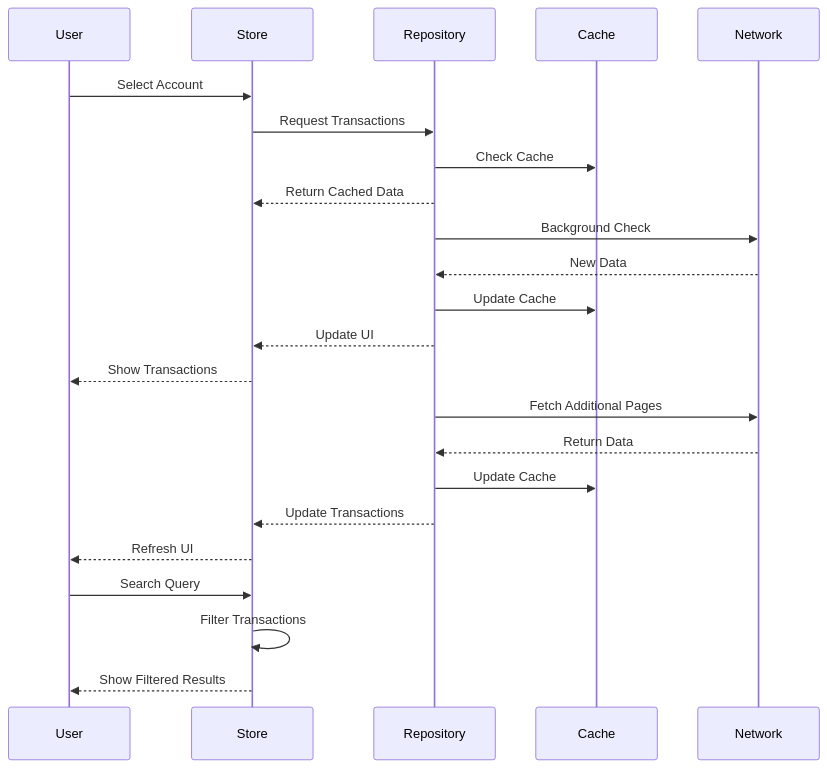
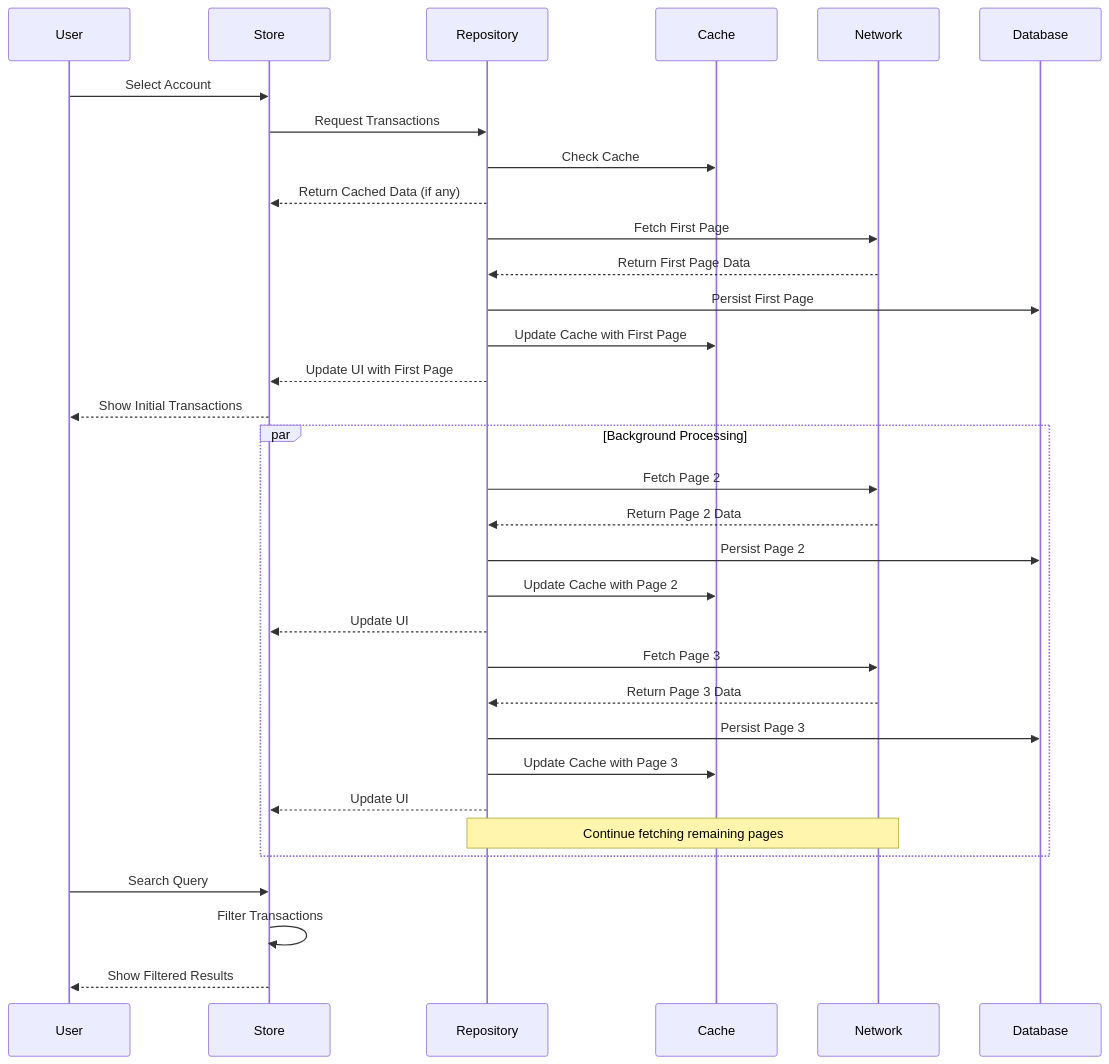
Before and after one commit to FanyCastro/BankTransactionsPoc: the diagram in README.md, drawn with Mermaid.

````diff
--- a/README.md
+++ b/README.md
@@ -48,20 +48,33 @@
 ```mermaid
 sequenceDiagram
     User->>Store: Select Account
     Store->>Repository: Request Transactions
     Repository->>Cache: Check Cache
-    Repository-->>Store: Return Cached Data
-    Repository->>Network: Background Check
-    Network-->>Repository: New Data
-    Repository->>Cache: Update Cache
-    Repository-->>Store: Update UI
-    Store-->>User: Show Transactions
-    Repository->>Network: Fetch Additional Pages
-    Network-->>Repository: Return Data
-    Repository->>Cache: Update Cache
-    Repository-->>Store: Update Transactions
-    Store-->>User: Refresh UI
+    Repository-->>Store: Return Cached Data (if any)
+    Repository->>Network: Fetch First Page
+    Network-->>Repository: Return First Page Data
+    Repository->>Database: Persist First Page
+    Repository->>Cache: Update Cache with First Page
+    Repository-->>Store: Update UI with First Page
+    Store-->>User: Show Initial Transactions
+    
+    par Background Processing
+        Repository->>Network: Fetch Page 2
+        Network-->>Repository: Return Page 2 Data
+        Repository->>Database: Persist Page 2
+        Repository->>Cache: Update Cache with Page 2
+        Repository-->>Store: Update UI
+        
+        Repository->>Network: Fetch Page 3
+        Network-->>Repository: Return Page 3 Data
+        Repository->>Database: Persist Page 3
+        Repository->>Cache: Update Cache with Page 3
+        Repository-->>Store: Update UI
+        
+        Note over Repository,Network: Continue fetching remaining pages
+    end
+    
     User->>Store: Search Query
     Store->>Store: Filter Transactions
     Store-->>User: Show Filtered Results
 ```
````
